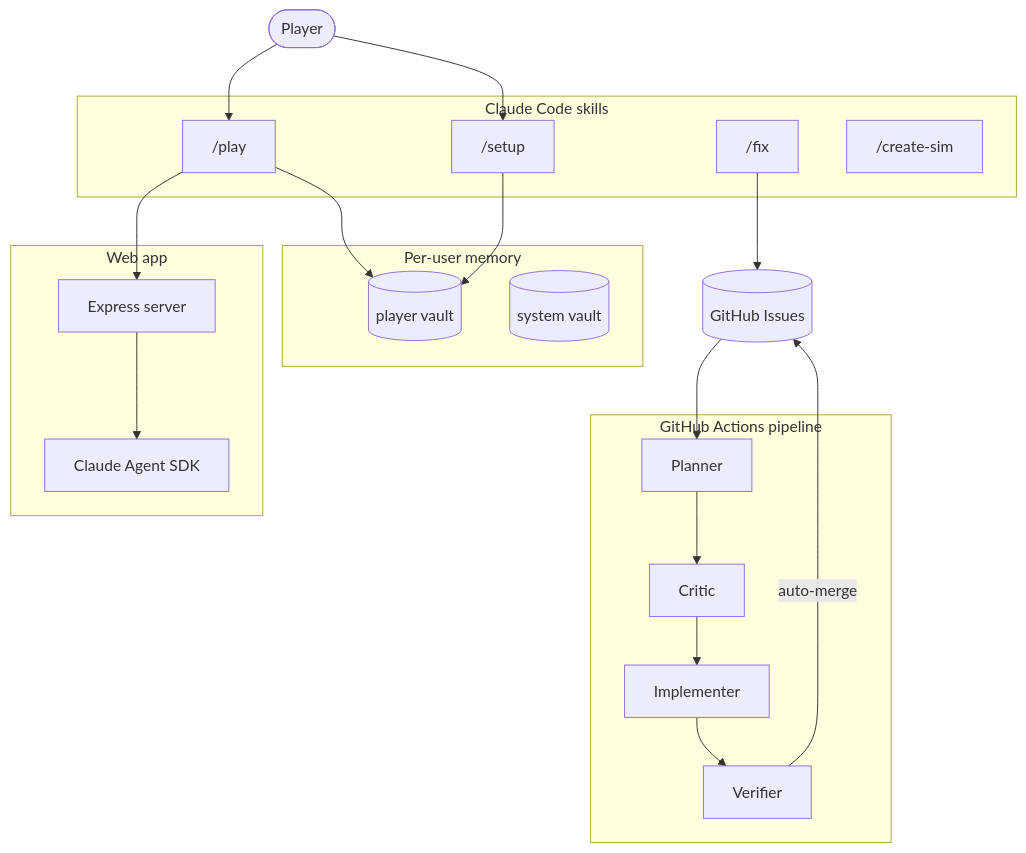
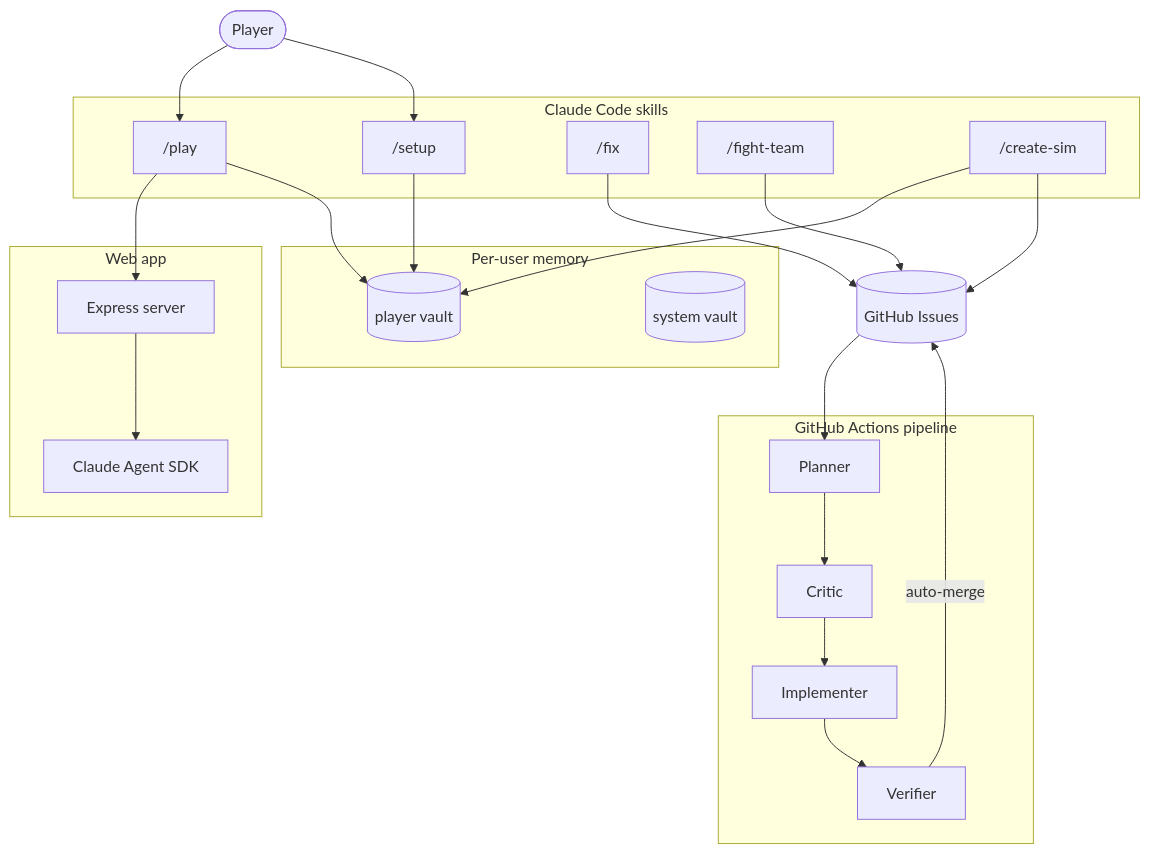
One commit to drashtishah/aws-simulator changed the second of 2 diagrams in README.md. Above: the diagram before and after it, drawn with Mermaid. The commit also changed 1 other file, not shown here.

Commit message:
feat: create-sim reads player vault, searches before creating issues
Update create-sim skill to read player vault for confusion patterns
and weak dimensions during gap identification. Add search-before-create
step to avoid duplicate issues. Create detailed issues per scenario
with needs-triage label.

Update README diagram: add fight-team, show create-sim and fight-team
flowing into Issues and the pipeline.

Ref #111

````diff
--- a/README.md
+++ b/README.md
@@ -34,42 +34,46 @@
 ```mermaid
 flowchart TB
   Player([Player])
   Issues[(GitHub Issues)]
 
   subgraph Skills[Claude Code skills]
     Setup["/setup"]
     Play["/play"]
     Fix["/fix"]
+    FightTeam["/fight-team"]
     CreateSim["/create-sim"]
   end
 
   subgraph Memory[Per-user memory]
     PlayerVault[(player vault)]
     SystemVault[(system vault)]
   end
 
   subgraph Web[Web app]
     Express[Express server]
     Claude[Claude Agent SDK]
   end
 
   subgraph Pipeline[GitHub Actions pipeline]
     Planner[Planner]
     Critic[Critic]
     Implementer[Implementer]
     Verifier[Verifier]
   end
 
   Player --> Play
   Player --> Setup
   Play --> Express
   Express --> Claude
   Play --> PlayerVault
   Setup --> PlayerVault
+  CreateSim --> PlayerVault
   Fix --> Issues
+  FightTeam --> Issues
+  CreateSim --> Issues
   Issues --> Planner
   Planner --> Critic
   Critic --> Implementer
   Implementer --> Verifier
   Verifier -->|auto-merge| Issues
 ```
````
